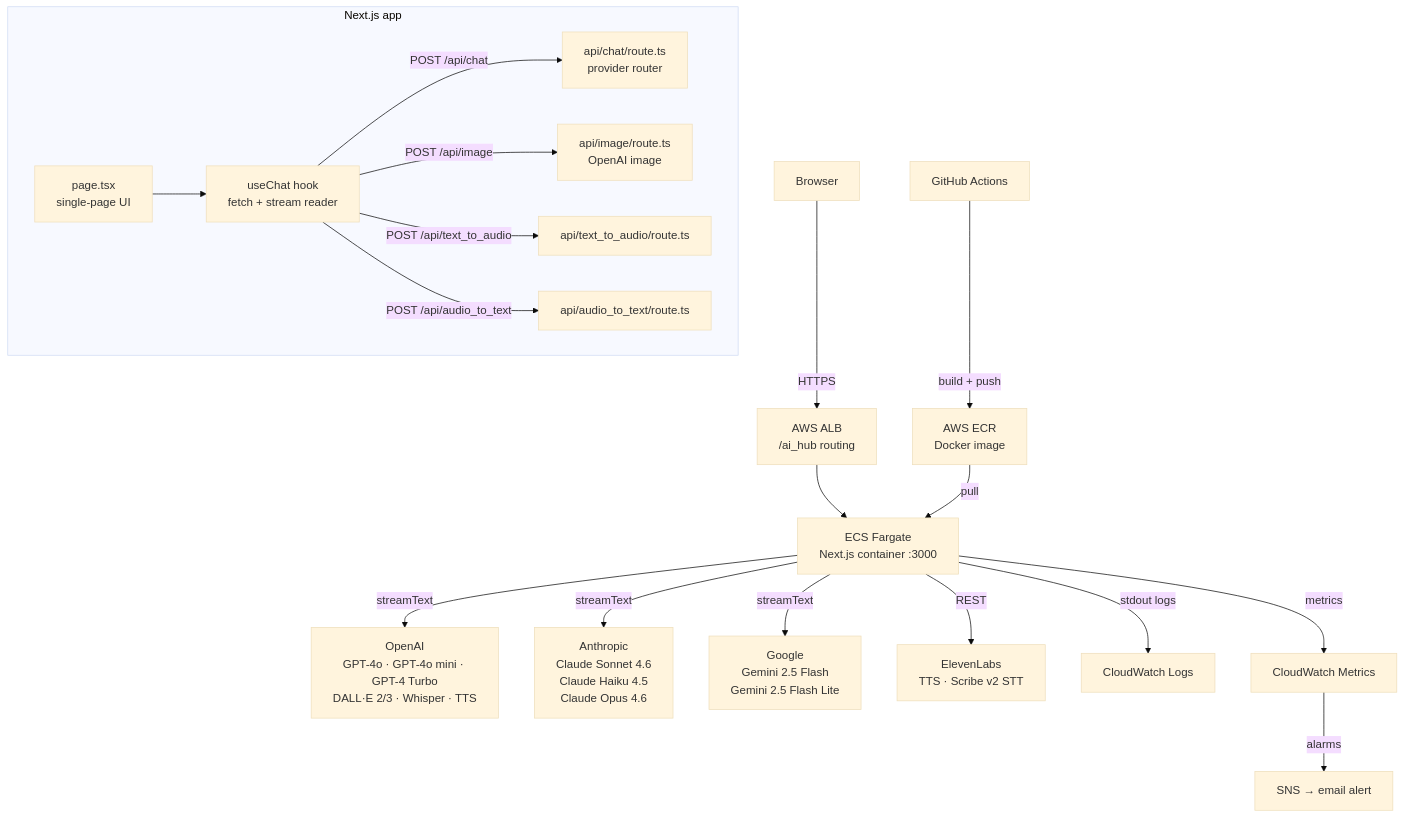
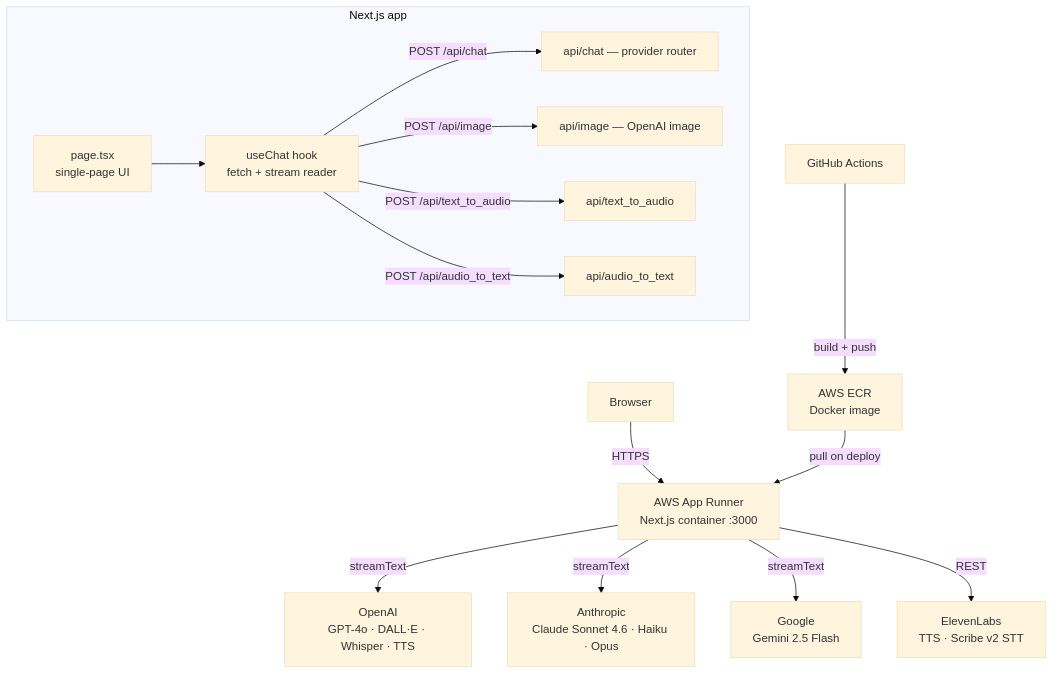
Before and after one commit to diego-portillo/study-universe-project: the diagram in ai_hub/README.md, drawn with Mermaid (base theme). The commit also changed other lines of this file and 3 other files, not shown here.

````diff
--- a/ai_hub/README.md
+++ b/ai_hub/README.md
@@ -21,25 +21,20 @@
 ```mermaid
 graph TD
-    Browser -->|HTTPS| ALB[AWS ALB\n/ai_hub routing]
-    ALB --> ECS[ECS Fargate\nNext.js container :3000]
+    Browser -->|HTTPS| AppRunner[AWS App Runner\nNext.js container :3000]
 
-    ECS -->|streamText| OpenAI[OpenAI\nGPT-4o · GPT-4o mini · GPT-4 Turbo\nDALL·E 2/3 · Whisper · TTS]
-    ECS -->|streamText| Anthropic[Anthropic\nClaude Sonnet 4.6\nClaude Haiku 4.5\nClaude Opus 4.6]
-    ECS -->|streamText| Google[Google\nGemini 2.5 Flash\nGemini 2.5 Flash Lite]
-    ECS -->|REST| ElevenLabs[ElevenLabs\nTTS · Scribe v2 STT]
+    AppRunner -->|streamText| OpenAI[OpenAI\nGPT-4o · DALL·E · Whisper · TTS]
+    AppRunner -->|streamText| Anthropic[Anthropic\nClaude Sonnet 4.6 · Haiku · Opus]
+    AppRunner -->|streamText| Google[Google\nGemini 2.5 Flash]
+    AppRunner -->|REST| ElevenLabs[ElevenLabs\nTTS · Scribe v2 STT]
 
     GHA[GitHub Actions] -->|build + push| ECR[AWS ECR\nDocker image]
-    ECR -->|pull| ECS
-
-    ECS -->|stdout logs| CWLogs[CloudWatch Logs]
-    ECS -->|metrics| CWMetrics[CloudWatch Metrics]
-    CWMetrics -->|alarms| SNS[SNS → email alert]
+    ECR -->|pull on deploy| AppRunner
 
     subgraph "Next.js app"
         Page[page.tsx\nsingle-page UI] --> Hook[useChat hook\nfetch + stream reader]
-        Hook -->|POST /api/chat| ChatRoute[api/chat/route.ts\nprovider router]
-        Hook -->|POST /api/image| ImageRoute[api/image/route.ts\nOpenAI image]
-        Hook -->|POST /api/text_to_audio| TTSRoute[api/text_to_audio/route.ts]
-        Hook -->|POST /api/audio_to_text| STTRoute[api/audio_to_text/route.ts]
+        Hook -->|POST /api/chat| ChatRoute[api/chat — provider router]
+        Hook -->|POST /api/image| ImageRoute[api/image — OpenAI image]
+        Hook -->|POST /api/text_to_audio| TTSRoute[api/text_to_audio]
+        Hook -->|POST /api/audio_to_text| STTRoute[api/audio_to_text]
     end
 ```
````
